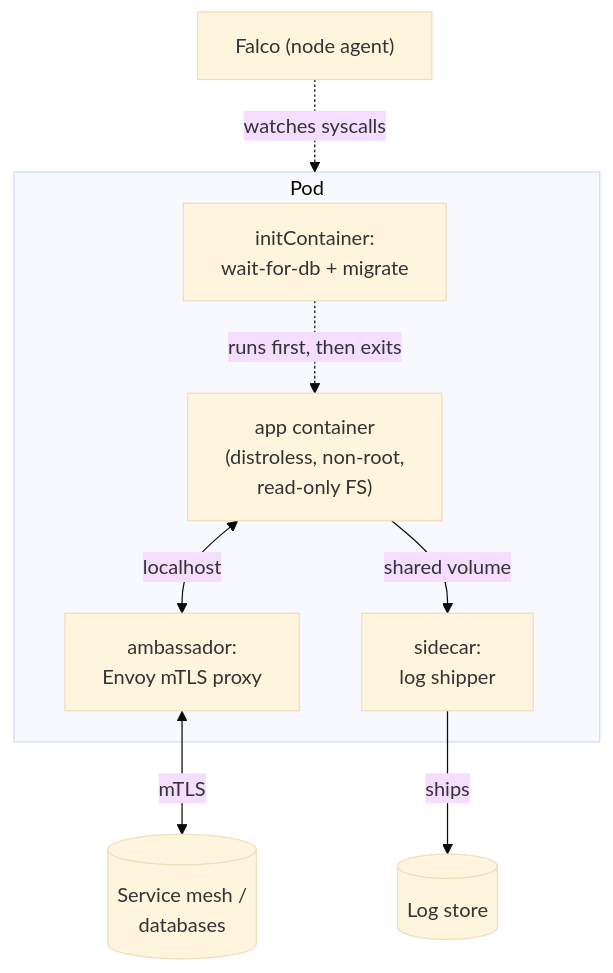
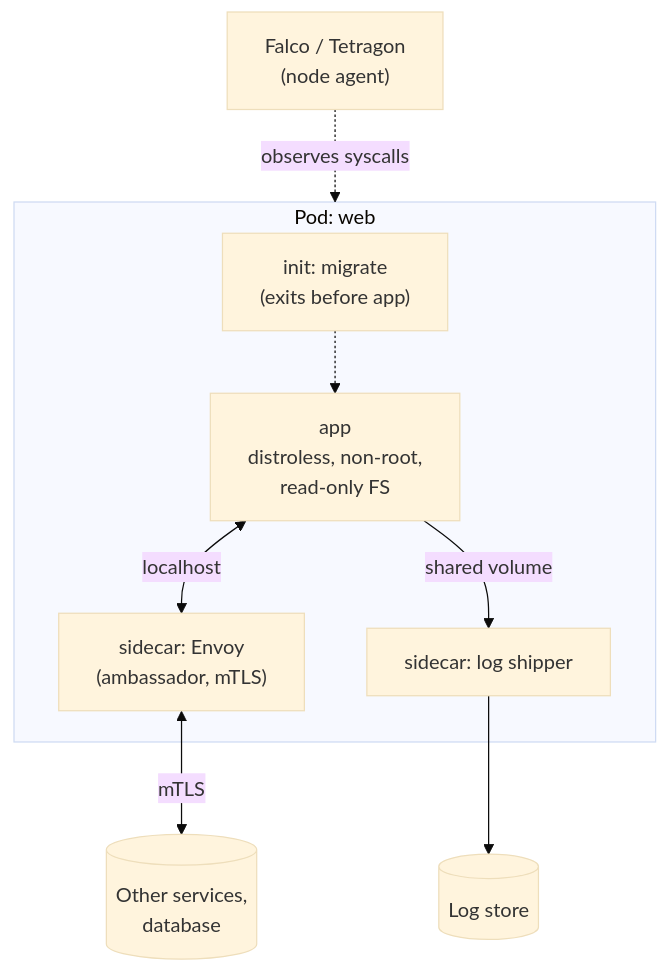
The fifth of 5 diagrams in github-pages/docs/technology/docker/docker-design-patterns.md (AndrewAltimit/Documentation), drawn with Mermaid (base theme) before and after one commit. The commit also changed other lines of this file and 240 other files, not shown here.

````diff
--- a/github-pages/docs/technology/docker/docker-design-patterns.md
+++ b/github-pages/docs/technology/docker/docker-design-patterns.md
@@ -291,15 +404,15 @@
 ```mermaid
 flowchart TB
-    subgraph Pod["Pod"]
-        Init["initContainer:<br/>wait-for-db + migrate"]
-        App["app container<br/>(distroless, non-root,<br/>read-only FS)"]
-        Amb["ambassador:<br/>Envoy mTLS proxy"]
-        Side["sidecar:<br/>log shipper"]
-        Init -.->|runs first, then exits| App
+    subgraph Pod["Pod: web"]
+        Init["init: migrate<br/>(exits before app)"]
+        App["app<br/>distroless, non-root,<br/>read-only FS"]
+        Amb["sidecar: Envoy<br/>(ambassador, mTLS)"]
+        Side["sidecar: log shipper"]
+        Init -.-> App
         App <-->|localhost| Amb
         App -->|shared volume| Side
     end
-    Amb <-->|mTLS| Mesh[("Service mesh /<br/>databases")]
-    Side -->|ships| Logs[("Log store")]
-    Falco["Falco (node agent)"] -.->|watches syscalls| Pod
+    Amb <-->|mTLS| Deps[("Other services,<br/>database")]
+    Side --> Logs[("Log store")]
+    Falco["Falco / Tetragon<br/>(node agent)"] -.->|observes syscalls| Pod
 ```
````
